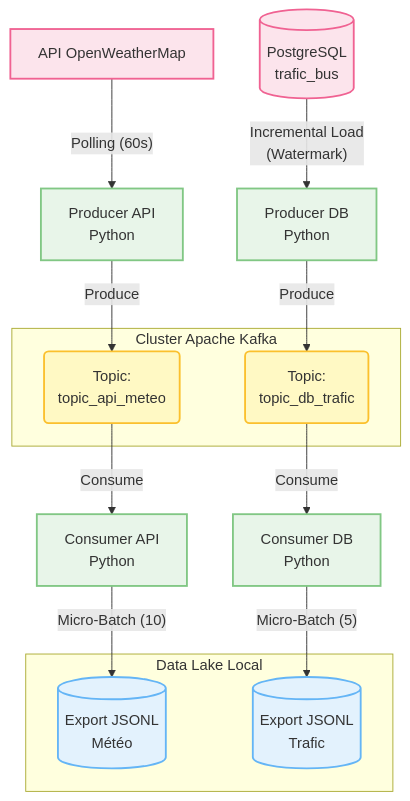
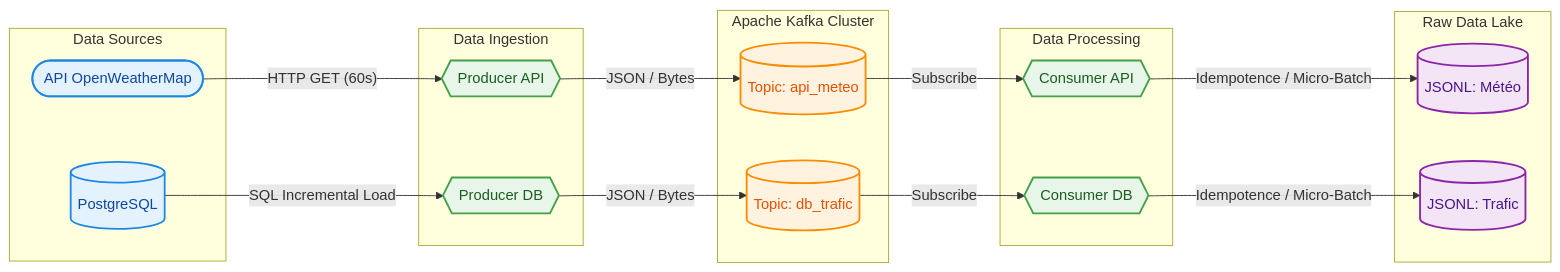
The diagram in README.md (badr-abba/realtime-data-streaming-kafka), drawn with Mermaid before and after one commit.

Commit message:
docs: amélioration du diagramme d'architecture (design professionnel LR)

````diff
--- a/README.md
+++ b/README.md
@@ -10,49 +10,50 @@
 ```mermaid
-graph TD
-    %% Sources
-    API[API OpenWeatherMap]
-    DB[(PostgreSQL<br>trafic_bus)]
-
-    %% Producers
-    P_API[Producer API<br>Python]
-    P_DB[Producer DB<br>Python]
-
-    %% Kafka
-    subgraph Kafka_Cluster [Cluster Apache Kafka]
-        T_API(Topic:<br>topic_api_meteo)
-        T_DB(Topic:<br>topic_db_trafic)
+flowchart LR
+    subgraph Sources [Data Sources]
+        API([API OpenWeatherMap])
+        DB[(PostgreSQL)]
     end
 
-    %% Consumers
-    C_API[Consumer API<br>Python]
-    C_DB[Consumer DB<br>Python]
-
-    %% Data Lake
-    subgraph Data_Lake [Data Lake Local]
-        DL_API[(Export JSONL<br>Météo)]
-        DL_DB[(Export JSONL<br>Trafic)]
+    subgraph Producers [Data Ingestion]
+        P_API{{Producer API}}
+        P_DB{{Producer DB}}
     end
 
-    %% Flux Météo
-    API -- Polling (60s) --> P_API
-    P_API -- Produce --> T_API
-    T_API -- Consume --> C_API
-    C_API -- Micro-Batch (10) --> DL_API
+    subgraph Streaming [Apache Kafka Cluster]
+        T_API[(Topic: api_meteo)]
+        T_DB[(Topic: db_trafic)]
+    end
 
-    %% Flux DB
-    DB -- Incremental Load<br>(Watermark) --> P_DB
-    P_DB -- Produce --> T_DB
-    T_DB -- Consume --> C_DB
-    C_DB -- Micro-Batch (5) --> DL_DB
+    subgraph Consumers [Data Processing]
+        C_API{{Consumer API}}
+        C_DB{{Consumer DB}}
+    end
 
-    %% Styles
-    classDef source fill:#fce4ec,stroke:#f06292,stroke-width:2px;
-    classDef kafka fill:#fff9c4,stroke:#fbc02d,stroke-width:2px;
-    classDef lake fill:#e3f2fd,stroke:#64b5f6,stroke-width:2px;
-    classDef python fill:#e8f5e9,stroke:#81c784,stroke-width:2px;
+    subgraph Storage [Raw Data Lake]
+        DL_API[(JSONL: Météo)]
+        DL_DB[(JSONL: Trafic)]
+    end
+
+    %% API Flow
+    API -- "HTTP GET (60s)" --> P_API
+    P_API -- "JSON / Bytes" --> T_API
+    T_API -- "Subscribe" --> C_API
+    C_API -- "Idempotence / Micro-Batch" --> DL_API
+
+    %% DB Flow
+    DB -- "SQL Incremental Load" --> P_DB
+    P_DB -- "JSON / Bytes" --> T_DB
+    T_DB -- "Subscribe" --> C_DB
+    C_DB -- "Idempotence / Micro-Batch" --> DL_DB
+
+    %% Styling
+    classDef source fill:#e3f2fd,stroke:#1e88e5,stroke-width:2px,color:#0d47a1;
+    classDef python fill:#e8f5e9,stroke:#43a047,stroke-width:2px,color:#1b5e20;
+    classDef kafka fill:#fff3e0,stroke:#fb8c00,stroke-width:2px,color:#e65100;
+    classDef lake fill:#f3e5f5,stroke:#8e24aa,stroke-width:2px,color:#4a148c;
 
     class API,DB source;
+    class P_API,P_DB,C_API,C_DB python;
     class T_API,T_DB kafka;
     class DL_API,DL_DB lake;
-    class P_API,P_DB,C_API,C_DB python;
 ```
````
